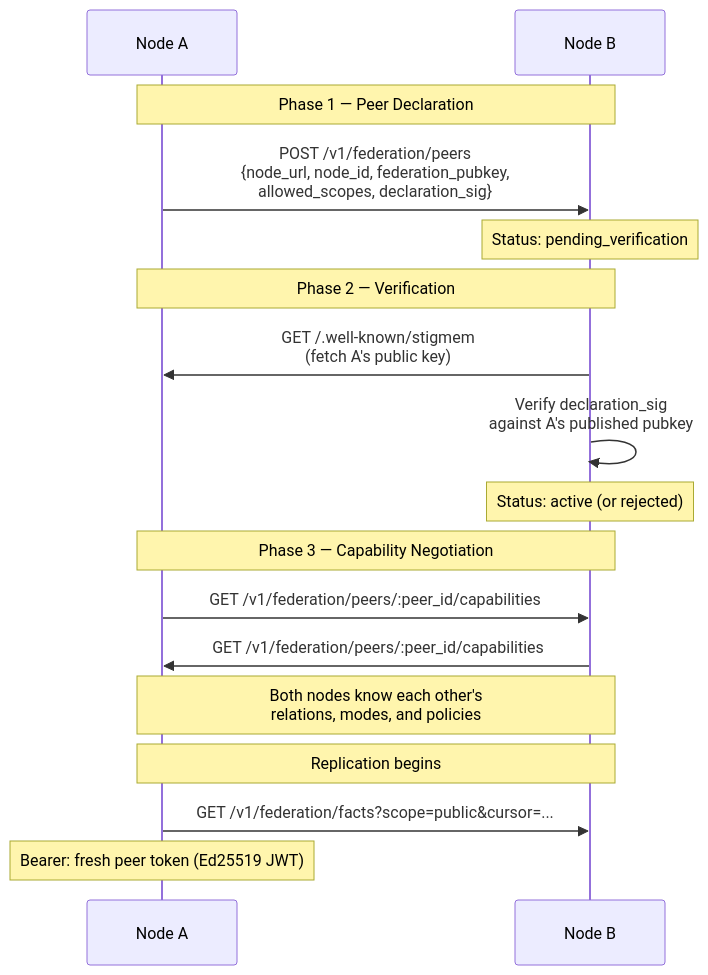
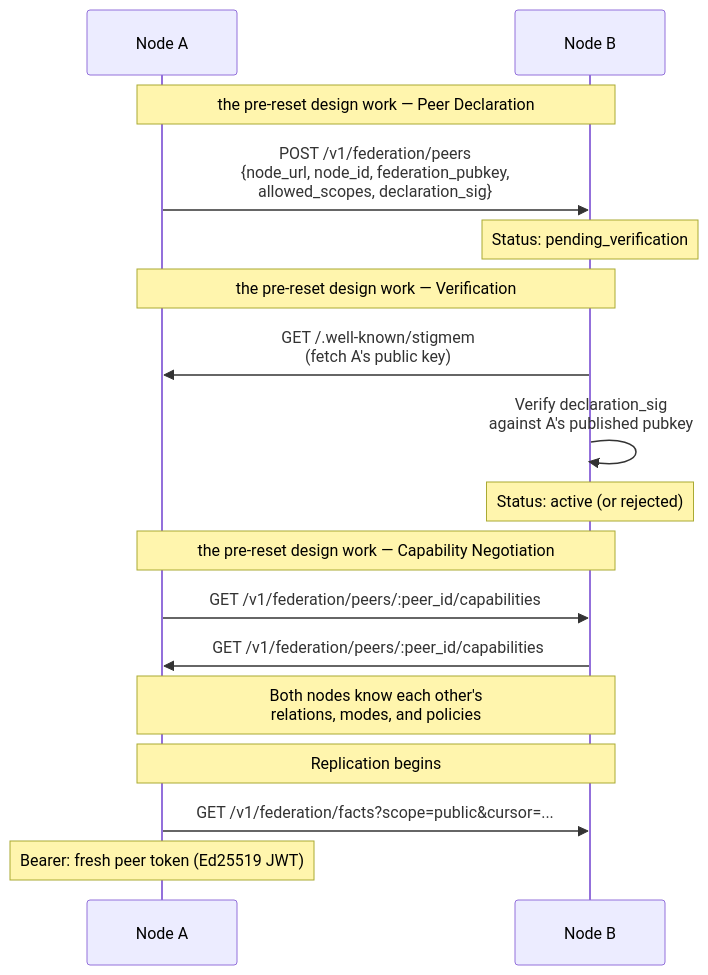
One commit to eidetic-labs/stigmem changed the diagram in docs/docs/concepts/federation/federation-handshake.md. Above: the diagram before and after it, drawn with Mermaid. The commit also changed other lines of this file and 93 other files, not shown here.

First line of the commit message:
docs: strip Phase + invalid pre-reset version refs from user-facing docs (ADR-001) (#68)

````diff
--- a/docs/docs/concepts/federation/federation-handshake.md
+++ b/docs/docs/concepts/federation/federation-handshake.md
@@ -28,23 +28,23 @@
 ```mermaid
 sequenceDiagram
     participant A as Node A
     participant B as Node B
 
-    Note over A,B: Phase 1 — Peer Declaration
+    Note over A,B: the pre-reset design work — Peer Declaration
     A->>B: POST /v1/federation/peers<br/>{node_url, node_id, federation_pubkey,<br/>allowed_scopes, declaration_sig}
     Note over B: Status: pending_verification
 
-    Note over A,B: Phase 2 — Verification
+    Note over A,B: the pre-reset design work — Verification
     B->>A: GET /.well-known/stigmem<br/>(fetch A's public key)
     B->>B: Verify declaration_sig<br/>against A's published pubkey
     Note over B: Status: active (or rejected)
 
-    Note over A,B: Phase 3 — Capability Negotiation
+    Note over A,B: the pre-reset design work — Capability Negotiation
     A->>B: GET /v1/federation/peers/:peer_id/capabilities
     B->>A: GET /v1/federation/peers/:peer_id/capabilities
     Note over A,B: Both nodes know each other's<br/>relations, modes, and policies
 
     Note over A,B: Replication begins
     A->>B: GET /v1/federation/facts?scope=public&cursor=...
     Note over A: Bearer: fresh peer token (Ed25519 JWT)
 ```
````
